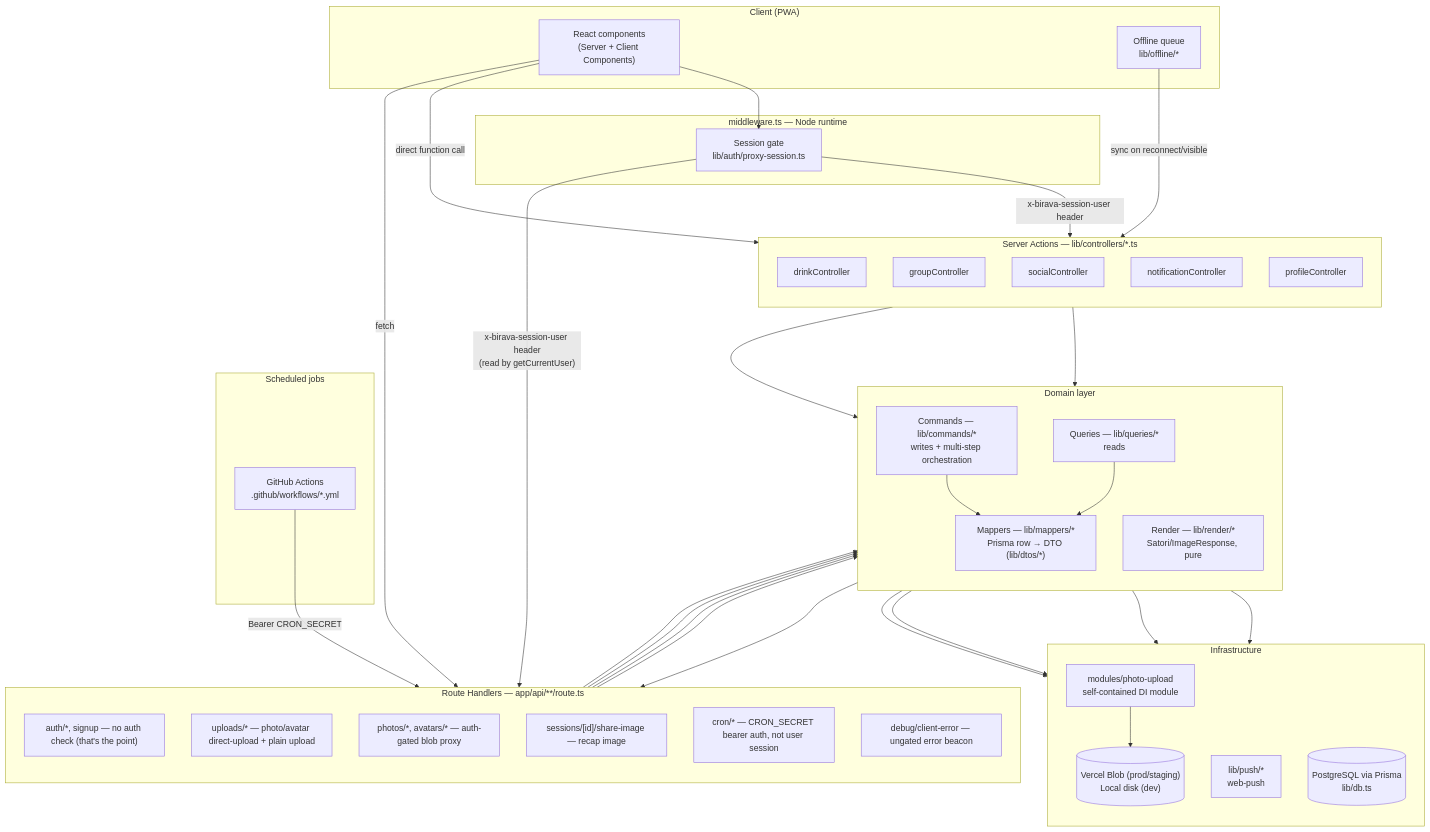
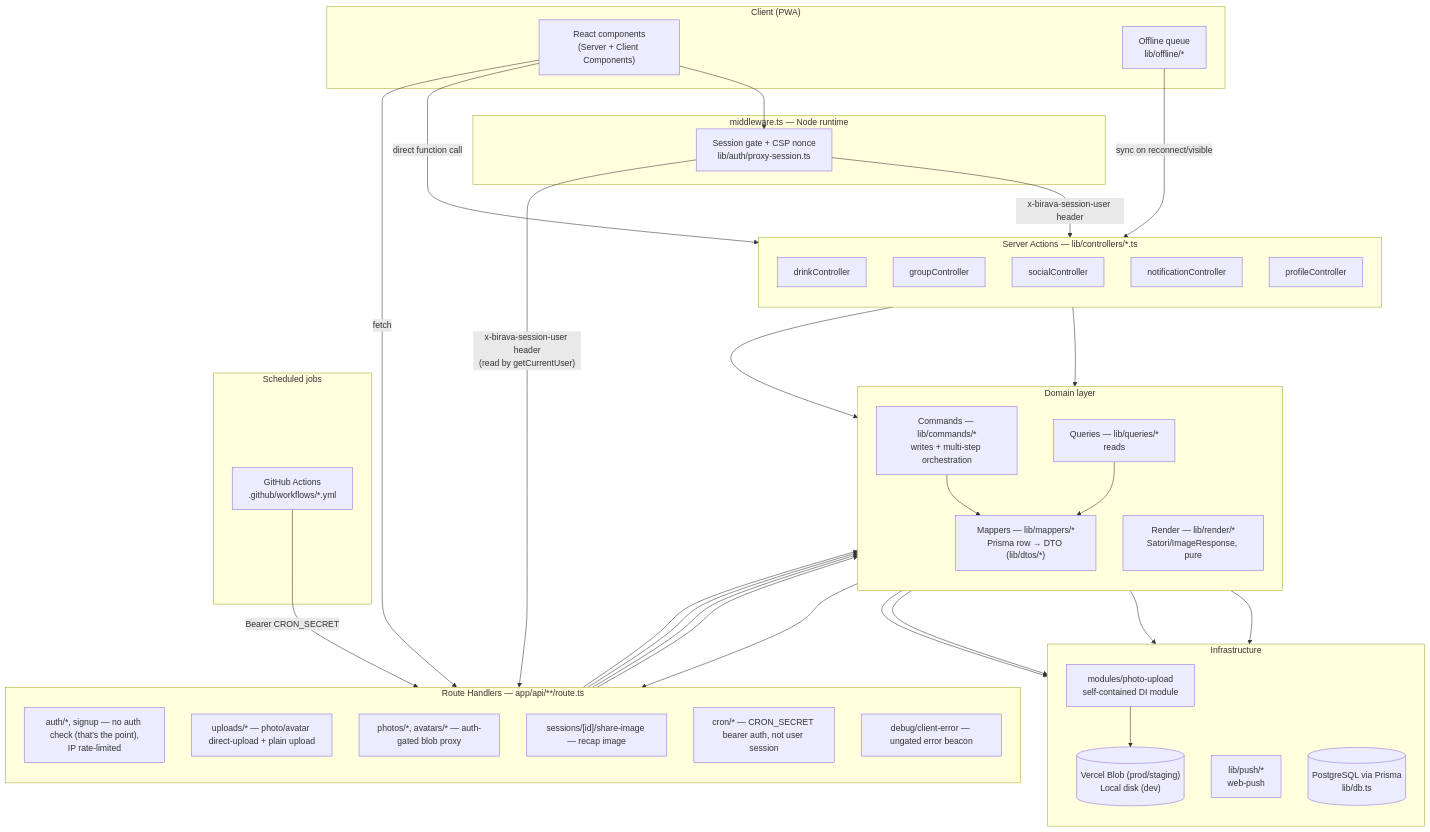
Before and after one commit to nielsvantslot/Birava: the first of 3 diagrams in docs/architecture.md, drawn with Mermaid. The commit also changed other lines of this file and 16 other files, not shown here.

First line of the commit message:
Add security response headers, nonce-based CSP, and Postgres-backed rate limiting

````diff
--- a/docs/architecture.md
+++ b/docs/architecture.md
@@ -9,73 +9,73 @@
 ```mermaid
 flowchart TB
     subgraph Client["Client (PWA)"]
         UI["React components<br/>(Server + Client Components)"]
         Offline["Offline queue<br/>lib/offline/*"]
     end
 
     subgraph Edge["middleware.ts — Node runtime"]
-        MW["Session gate<br/>lib/auth/proxy-session.ts"]
+        MW["Session gate + CSP nonce<br/>lib/auth/proxy-session.ts"]
     end
 
     UI -->|fetch| Routes
     UI -->|direct function call| Actions
     Offline -->|sync on reconnect/visible| Actions
     UI --> MW
     MW -->|"x-birava-session-user header<br/>(read by getCurrentUser)"| Routes
     MW -->|"x-birava-session-user header"| Actions
 
     subgraph Routes["Route Handlers — app/api/**/route.ts"]
         direction TB
-        R1["auth/*, signup — no auth check (that's the point)"]
+        R1["auth/*, signup — no auth check (that's the point),<br/>IP rate-limited"]
         R2["uploads/* — photo/avatar direct-upload + plain upload"]
         R3["photos/*, avatars/* — auth-gated blob proxy"]
         R4["sessions/[id]/share-image — recap image"]
         R5["cron/* — CRON_SECRET bearer auth, not user session"]
         R6["debug/client-error — ungated error beacon"]
     end
 
     subgraph Actions["Server Actions — lib/controllers/*.ts"]
         direction TB
         A1[drinkController]
         A2[groupController]
         A3[socialController]
         A4[notificationController]
         A5[profileController]
     end
 
     subgraph Domain["Domain layer"]
         direction TB
         Commands["Commands — lib/commands/*<br/>writes + multi-step orchestration"]
         Queries["Queries — lib/queries/*<br/>reads"]
         Mappers["Mappers — lib/mappers/*<br/>Prisma row → DTO (lib/dtos/*)"]
         Render["Render — lib/render/*<br/>Satori/ImageResponse, pure"]
     end
 
     subgraph Infra["Infrastructure"]
         direction TB
         PhotoModule["modules/photo-upload<br/>self-contained DI module"]
         PushLib["lib/push/*<br/>web-push"]
         DB[("PostgreSQL via Prisma<br/>lib/db.ts")]
         Blob[("Vercel Blob (prod/staging)<br/>Local disk (dev)")]
     end
 
     Routes --> Commands
     Routes --> Queries
     Routes --> Render
     R6 --> Commands
     Actions --> Commands
     Actions --> Queries
     Commands --> Mappers
     Queries --> Mappers
     Commands --> DB
     Queries --> DB
     Commands --> PhotoModule
     Commands --> PushLib
     PhotoModule --> Blob
     Render --> Routes
 
     subgraph Scheduled["Scheduled jobs"]
         GHA["GitHub Actions<br/>.github/workflows/*.yml"]
     end
     GHA -->|"Bearer CRON_SECRET"| R5
 ```
````
